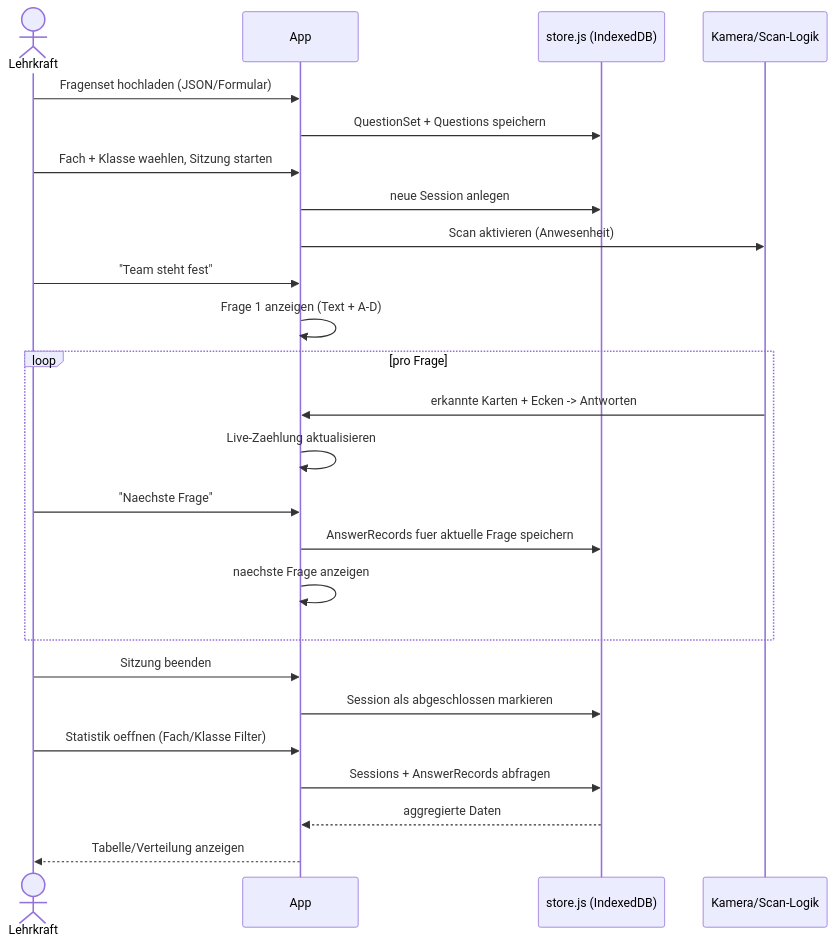
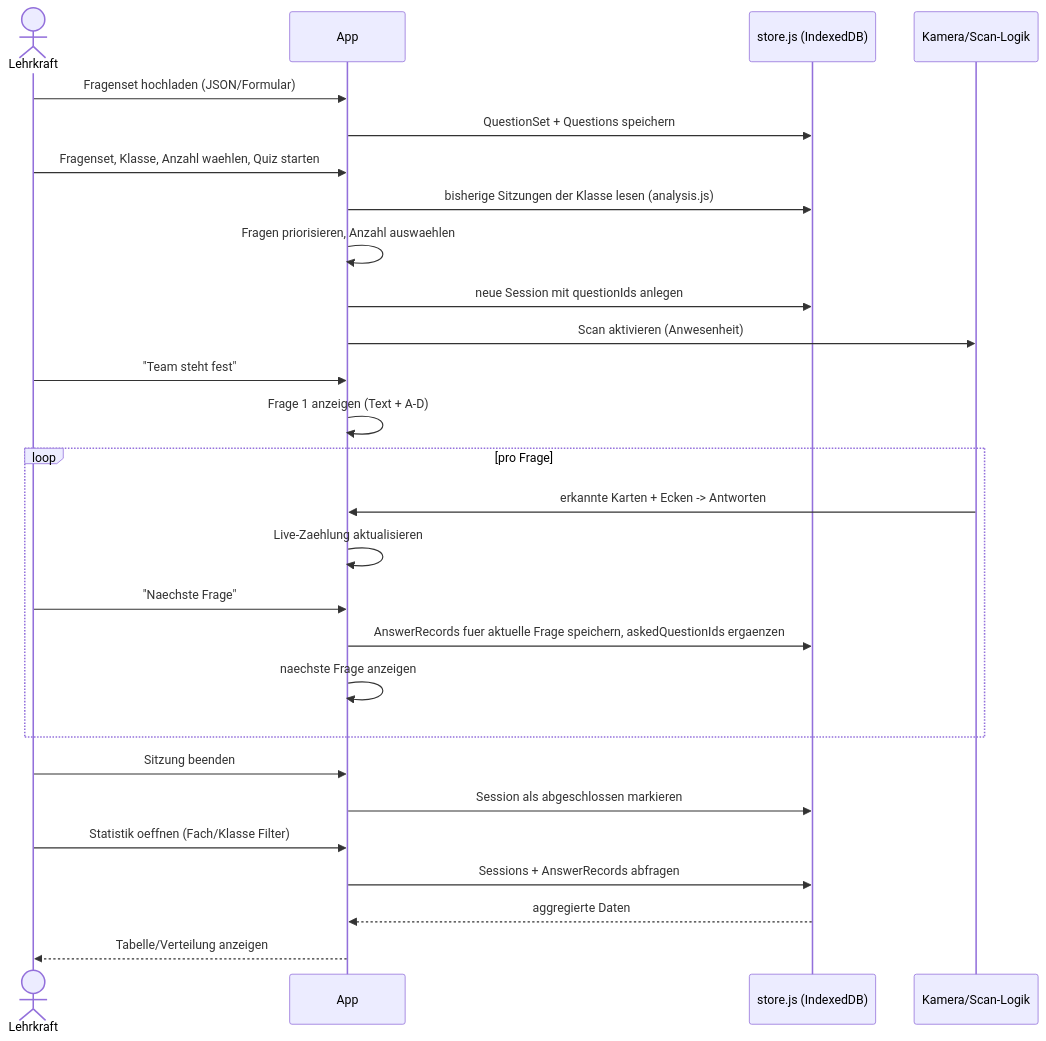
One commit to cndrbrbr/NoNameQuiz changed the second of 2 diagrams in architecture.md. Above: the diagram before and after it, drawn with Mermaid. The commit also changed other lines of this file and 4 other files, not shown here.

````diff
--- a/architecture.md
+++ b/architecture.md
@@ -234,33 +250,35 @@
 ```mermaid
 sequenceDiagram
     actor L as Lehrkraft
     participant App
     participant Store as store.js (IndexedDB)
     participant Cam as Kamera/Scan-Logik
 
     L->>App: Fragenset hochladen (JSON/Formular)
     App->>Store: QuestionSet + Questions speichern
 
-    L->>App: Fach + Klasse waehlen, Sitzung starten
-    App->>Store: neue Session anlegen
+    L->>App: Fragenset, Klasse, Anzahl waehlen, Quiz starten
+    App->>Store: bisherige Sitzungen der Klasse lesen (analysis.js)
+    App->>App: Fragen priorisieren, Anzahl auswaehlen
+    App->>Store: neue Session mit questionIds anlegen
 
     App->>Cam: Scan aktivieren (Anwesenheit)
     L->>App: "Team steht fest"
     App->>App: Frage 1 anzeigen (Text + A-D)
 
     loop pro Frage
         Cam->>App: erkannte Karten + Ecken -> Antworten
         App->>App: Live-Zaehlung aktualisieren
         L->>App: "Naechste Frage"
-        App->>Store: AnswerRecords fuer aktuelle Frage speichern
+        App->>Store: AnswerRecords fuer aktuelle Frage speichern, askedQuestionIds ergaenzen
         App->>App: naechste Frage anzeigen
     end
 
     L->>App: Sitzung beenden
     App->>Store: Session als abgeschlossen markieren
 
     L->>App: Statistik oeffnen (Fach/Klasse Filter)
     App->>Store: Sessions + AnswerRecords abfragen
     Store-->>App: aggregierte Daten
     App-->>L: Tabelle/Verteilung anzeigen
 ```
````
